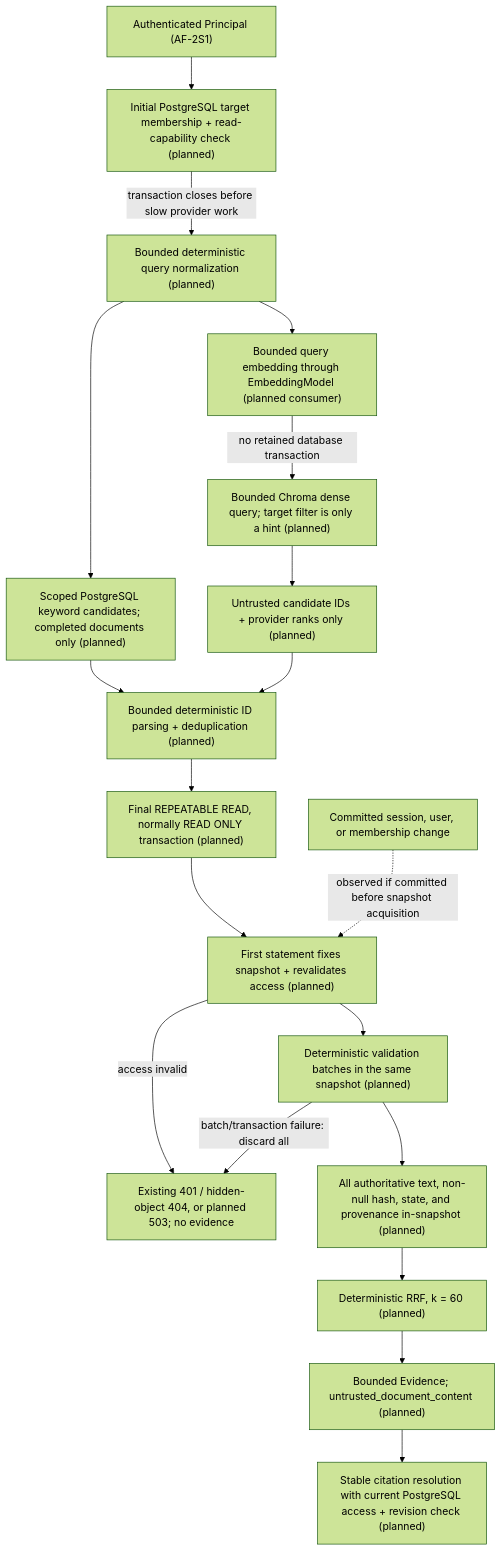
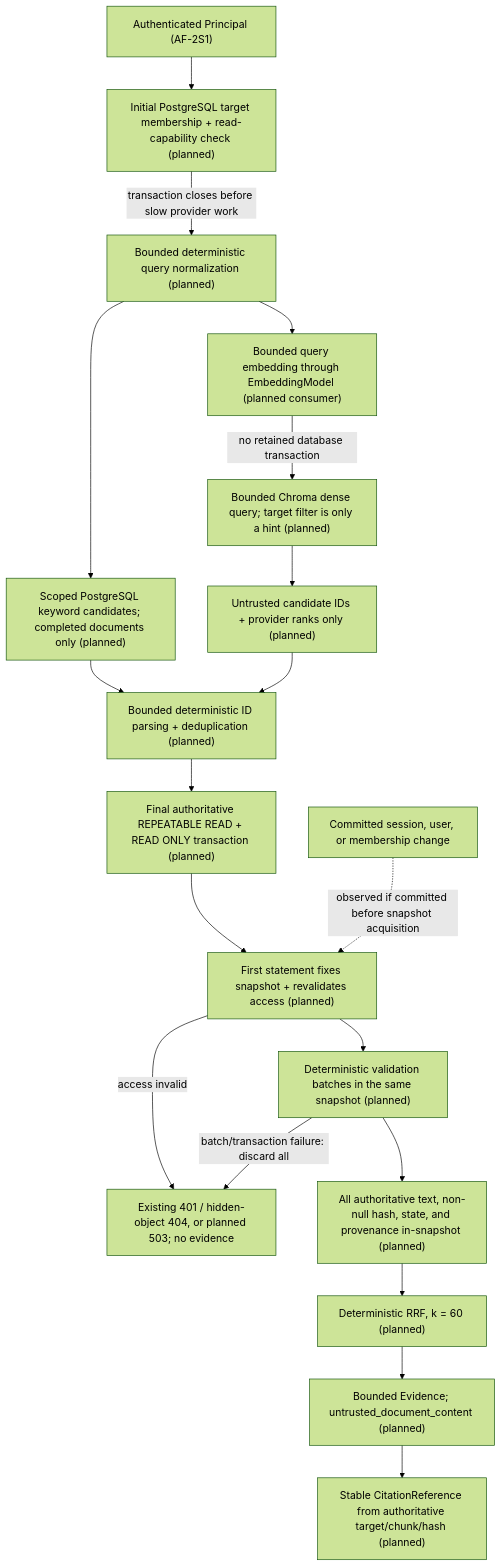
One commit to hyperweng821-commits/Agentic-Rag-Platform changed the fourth of 5 diagrams in docs/architecture.md. Above: the diagram before and after it, drawn with Mermaid (forest theme). The commit also changed other lines of this file and 4 other files, not shown here.

````diff
--- a/docs/architecture.md
+++ b/docs/architecture.md
@@ -286,39 +286,39 @@
 ```mermaid
 flowchart TD
     Principal["Authenticated Principal (AF-2S1)"]
     Initial["Initial PostgreSQL target membership + read-capability check (planned)"]
     Normalize["Bounded deterministic query normalization (planned)"]
     Keyword["Scoped PostgreSQL keyword candidates; completed documents only (planned)"]
     Embed["Bounded query embedding through EmbeddingModel (planned consumer)"]
     Dense["Bounded Chroma dense query; target filter is only a hint (planned)"]
     Untrusted["Untrusted candidate IDs + provider ranks only (planned)"]
     Combine["Bounded deterministic ID parsing + deduplication (planned)"]
     Revocation["Committed session, user, or membership change"]
-    Final["Final REPEATABLE READ, normally READ ONLY transaction (planned)"]
+    Final["Final authoritative REPEATABLE READ + READ ONLY transaction (planned)"]
     Snapshot["First statement fixes snapshot + revalidates access (planned)"]
     Batches["Deterministic validation batches in the same snapshot (planned)"]
     Denied["Existing 401 / hidden-object 404, or planned 503; no evidence"]
     Load["All authoritative text, non-null hash, state, and provenance in-snapshot (planned)"]
     RRF["Deterministic RRF, k = 60 (planned)"]
     Evidence["Bounded Evidence; untrusted_document_content (planned)"]
-    Citations["Stable citation resolution with current PostgreSQL access + revision check (planned)"]
+    CitationReference["Stable CitationReference from authoritative target/chunk/hash (planned)"]
 
     Principal --> Initial
     Initial -->|"transaction closes before slow provider work"| Normalize
     Normalize --> Keyword
     Normalize --> Embed
     Embed -->|"no retained database transaction"| Dense
     Dense --> Untrusted
     Keyword --> Combine
     Untrusted --> Combine
     Combine --> Final
     Final --> Snapshot
     Revocation -. "observed if committed before snapshot acquisition" .-> Snapshot
     Snapshot -->|"access invalid"| Denied
     Snapshot --> Batches
     Batches -->|"batch/transaction failure: discard all"| Denied
     Batches --> Load
     Load --> RRF
     RRF --> Evidence
-    Evidence --> Citations
+    Evidence --> CitationReference
 ```
````
